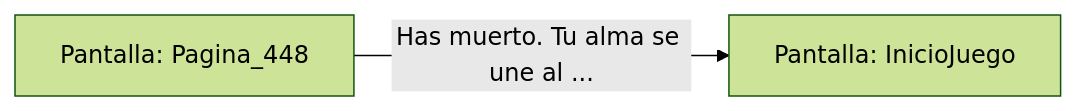
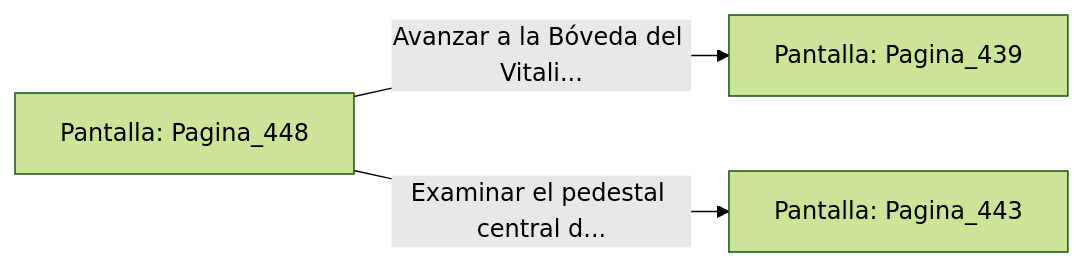
The diagram in sample/eligejuego-vault/Pantalla_Pagina_448.md (metsuke/mpl), drawn with Mermaid (forest theme) before and after one commit. The commit also changed other lines of this file and 635 other files, not shown here.

First line of the commit message:
fix: añadir Pagina_1 como pantalla inicial en capitulo_01.mpl

````diff
--- a/sample/eligejuego-vault/Pantalla_Pagina_448.md
+++ b/sample/eligejuego-vault/Pantalla_Pagina_448.md
@@ -17,5 +22,6 @@
 ```mermaid
 graph LR
     P_Pagina_448["Pantalla: Pagina_448"]
-    P_Pagina_448 -->|"Has muerto. Tu alma se une al ..."| P_InicioJuego["Pantalla: InicioJuego"]
+    P_Pagina_448 -->|"Avanzar a la Bóveda del Vitali..."| P_Pagina_439["Pantalla: Pagina_439"]
+    P_Pagina_448 -->|"Examinar el pedestal central d..."| P_Pagina_443["Pantalla: Pagina_443"]
 ```
````
